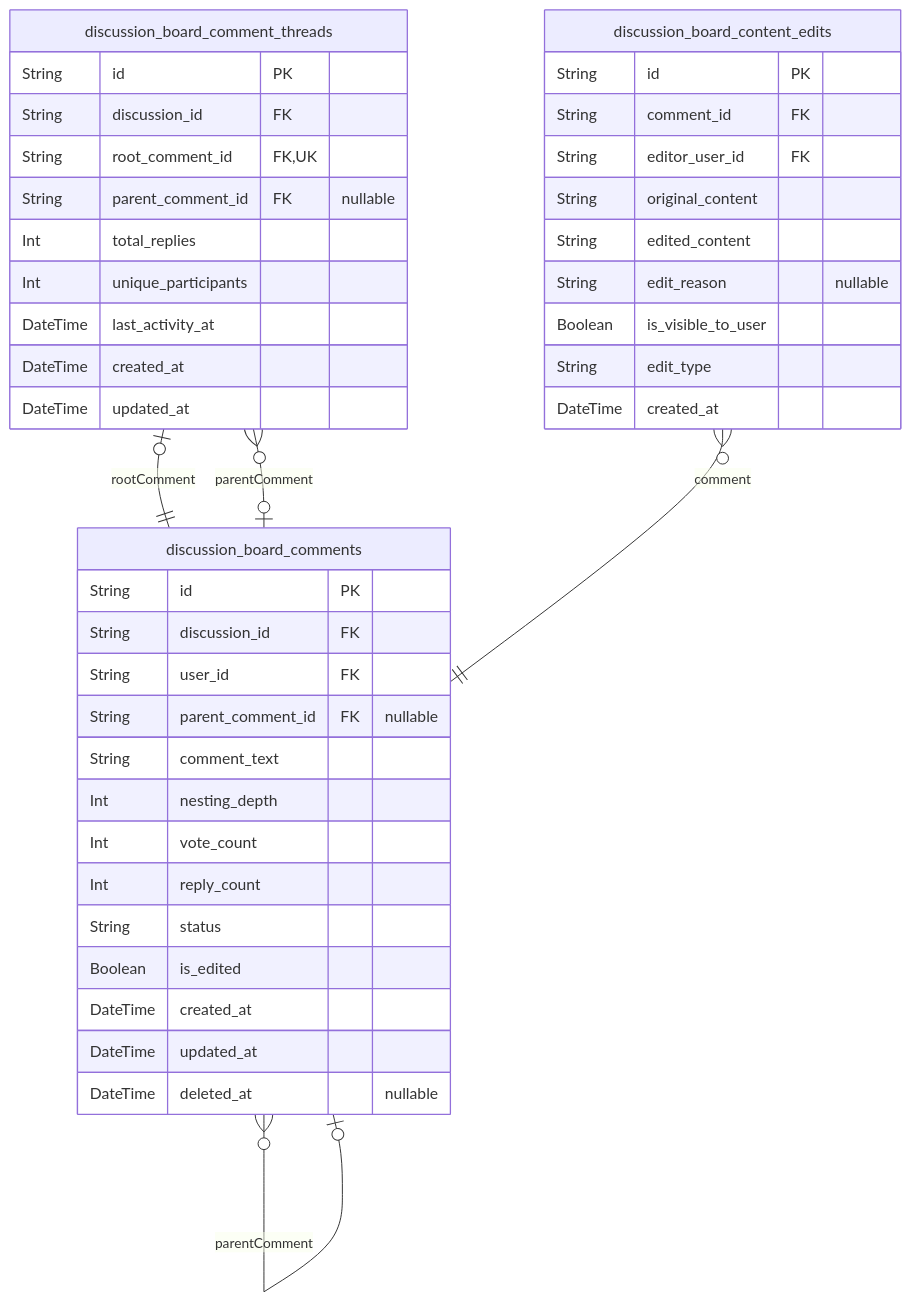
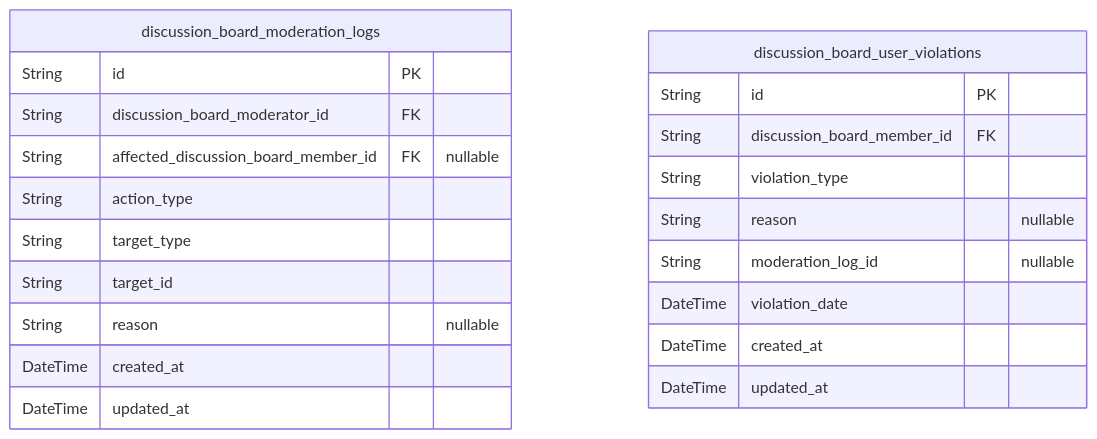
The fifth of 6 diagrams in anthropic/claude-haiku-4.5/bbs/docs/ERD.md (wrtnlabs/autobe-examples), drawn with Mermaid before and after one commit. The commit also changed other lines of this file and 16146 other files, not shown here.

````diff
--- a/anthropic/claude-haiku-4.5/bbs/docs/ERD.md
+++ b/anthropic/claude-haiku-4.5/bbs/docs/ERD.md
@@ -866,44 +528,24 @@
 ```mermaid
 erDiagram
-"discussion_board_comments" {
+"discussion_board_moderation_logs" {
   String id PK
-  String discussion_id FK
-  String user_id FK
-  String parent_comment_id FK "nullable"
-  String comment_text
-  Int nesting_depth
-  Int vote_count
-  Int reply_count
-  String status
-  Boolean is_edited
-  DateTime created_at
-  DateTime updated_at
-  DateTime deleted_at "nullable"
-}
-"discussion_board_comment_threads" {
-  String id PK
-  String discussion_id FK
-  String root_comment_id FK,UK
-  String parent_comment_id FK "nullable"
-  Int total_replies
-  Int unique_participants
-  DateTime last_activity_at
+  String discussion_board_moderator_id FK
+  String affected_discussion_board_member_id FK "nullable"
+  String action_type
+  String target_type
+  String target_id
+  String reason "nullable"
   DateTime created_at
   DateTime updated_at
 }
-"discussion_board_content_edits" {
+"discussion_board_user_violations" {
   String id PK
-  String comment_id FK
-  String editor_user_id FK
-  String original_content
-  String edited_content
-  String edit_reason "nullable"
-  Boolean is_visible_to_user
-  String edit_type
+  String discussion_board_member_id FK
+  String violation_type
+  String reason "nullable"
+  String moderation_log_id "nullable"
+  DateTime violation_date
   DateTime created_at
+  DateTime updated_at
 }
-"discussion_board_comments" }o--o| "discussion_board_comments" : parentComment
-"discussion_board_comment_threads" |o--|| "discussion_board_comments" : rootComment
-"discussion_board_comment_threads" }o--o| "discussion_board_comments" : parentComment
-"discussion_board_content_edits" }o--|| "discussion_board_comments" : comment
 ```
````
